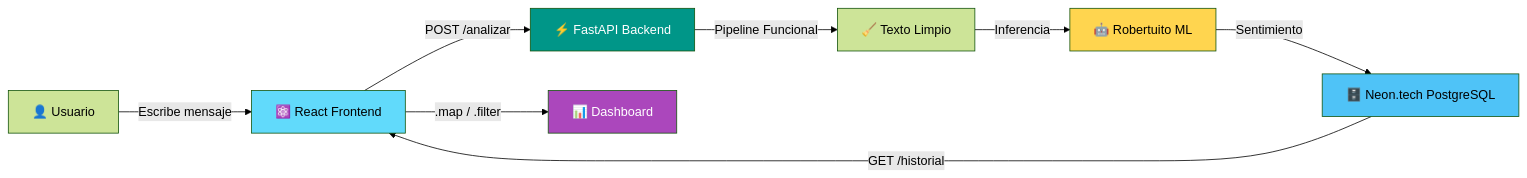
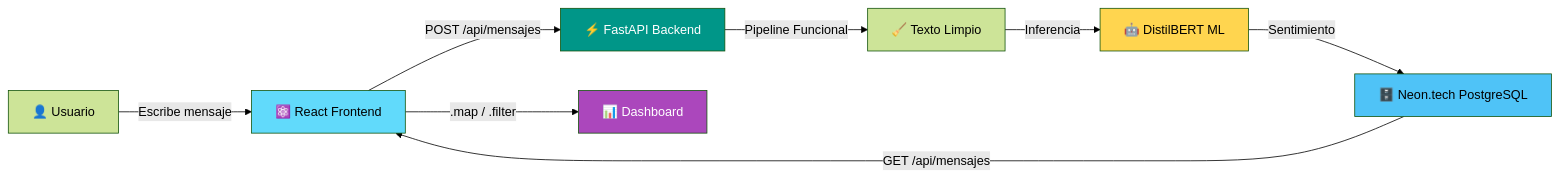
One commit to SantiagoScetti/analisis-funcional-en-vivo changed the first of 7 diagrams in frontend/.agent/arquitectura_del_sistema.md. Above: the diagram before and after it, drawn with Mermaid (forest theme). The commit also changed other lines of this file and 11 other files, not shown here.

Commit message:
seo: optimize index.html with meta tags, Open Graph, Twitter Cards, and theme color

````diff
--- a/frontend/.agent/arquitectura_del_sistema.md
+++ b/frontend/.agent/arquitectura_del_sistema.md
@@ -11,16 +11,16 @@
 ```mermaid
 flowchart LR
     A["👤 Usuario"] -->|Escribe mensaje| B["⚛️ React Frontend"]
-    B -->|POST /analizar| C["⚡ FastAPI Backend"]
+    B -->|POST /api/mensajes| C["⚡ FastAPI Backend"]
     C -->|Pipeline Funcional| D["🧹 Texto Limpio"]
-    D -->|Inferencia| E["🤖 Robertuito ML"]
+    D -->|Inferencia| E["🤖 DistilBERT ML"]
     E -->|Sentimiento| F["🗄️ Neon.tech PostgreSQL"]
-    F -->|GET /historial| B
+    F -->|GET /api/mensajes| B
     B -->|.map / .filter| G["📊 Dashboard"]
 
     style B fill:#61DAFB,color:#000
     style C fill:#009688,color:#fff
     style E fill:#FFD54F,color:#000
     style F fill:#4FC3F7,color:#000
     style G fill:#AB47BC,color:#fff
 ```
````
